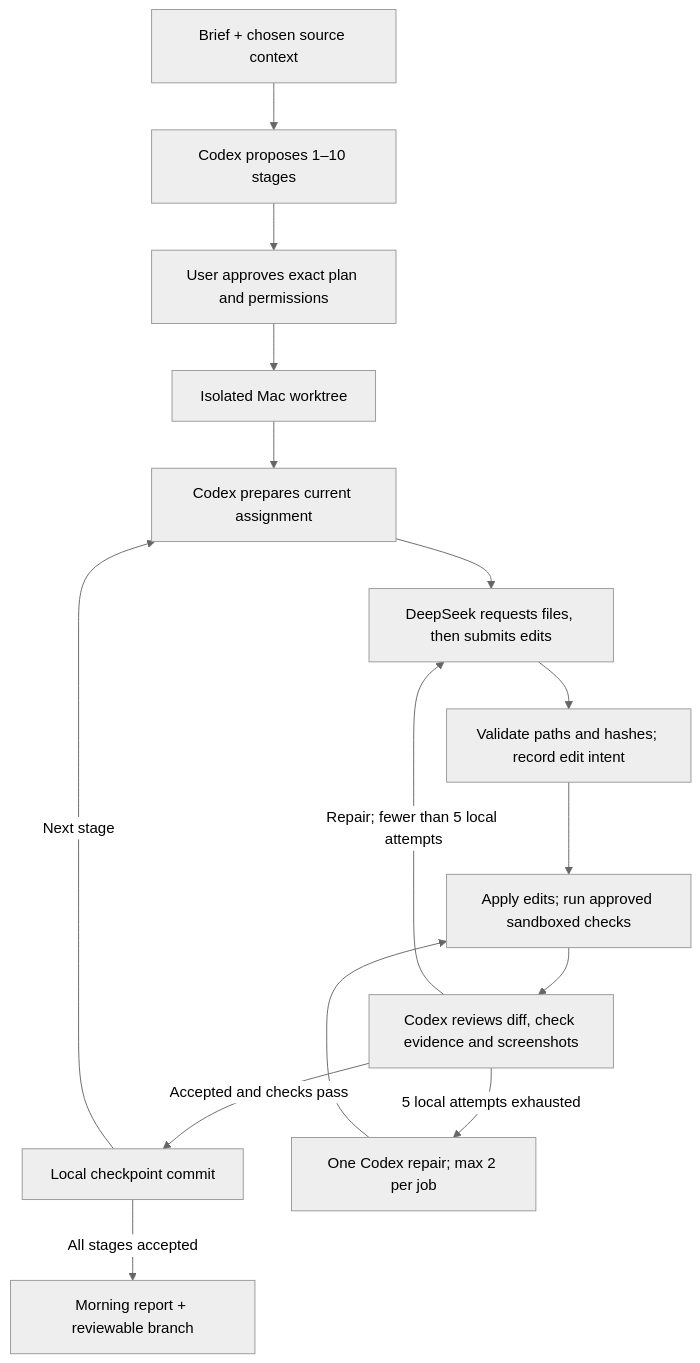
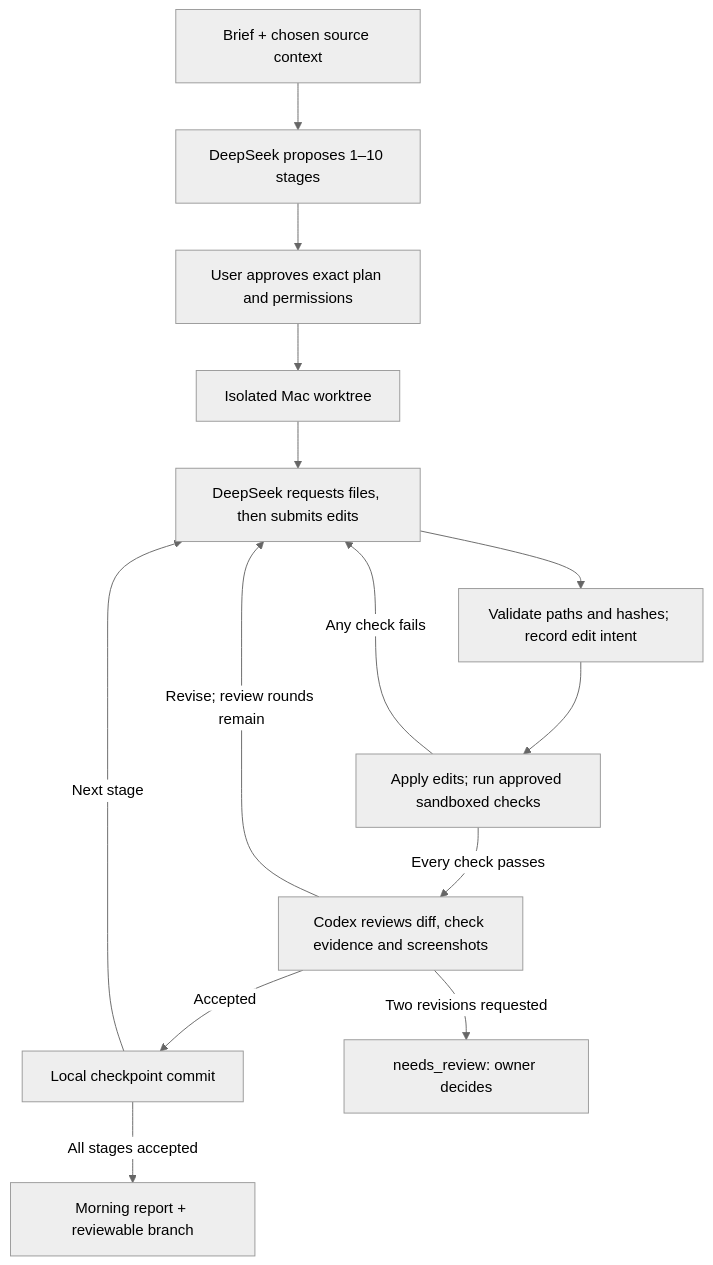
One commit to TanujBuilds/Frontier-Orchestration changed the diagram in docs/OVERNIGHT.md. Above: the diagram before and after it, drawn with Mermaid (neutral theme). The commit also changed other lines of this file and 22 other files, not shown here.

First line of the commit message:
Restrict Codex to review: DeepSeek plans, checks gate every review call

````diff
--- a/docs/OVERNIGHT.md
+++ b/docs/OVERNIGHT.md
@@ -9,17 +9,16 @@
 ```mermaid
 flowchart TD
-    Brief["Brief + chosen source context"] --> Plan["Codex proposes 1–10 stages"]
+    Brief["Brief + chosen source context"] --> Plan["DeepSeek proposes 1–10 stages"]
     Plan --> Approval["User approves exact plan and permissions"]
     Approval --> Workspace["Isolated Mac worktree"]
-    Workspace --> Assign["Codex prepares current assignment"]
-    Assign --> Worker["DeepSeek requests files, then submits edits"]
+    Workspace --> Worker["DeepSeek requests files, then submits edits"]
     Worker --> Validate["Validate paths and hashes; record edit intent"]
     Validate --> Checks["Apply edits; run approved sandboxed checks"]
-    Checks --> Review["Codex reviews diff, check evidence and screenshots"]
-    Review -->|"Accepted and checks pass"| Commit["Local checkpoint commit"]
-    Commit -->|"Next stage"| Assign
+    Checks -->|"Any check fails"| Worker
+    Checks -->|"Every check passes"| Review["Codex reviews diff, check evidence and screenshots"]
+    Review -->|"Accepted"| Commit["Local checkpoint commit"]
+    Commit -->|"Next stage"| Worker
     Commit -->|"All stages accepted"| Report["Morning report + reviewable branch"]
-    Review -->|"Repair; fewer than 5 local attempts"| Worker
-    Review -->|"5 local attempts exhausted"| Rescue["One Codex repair; max 2 per job"]
-    Rescue --> Checks
+    Review -->|"Revise; review rounds remain"| Worker
+    Review -->|"Two revisions requested"| Stop["needs_review: owner decides"]
 ```
````
